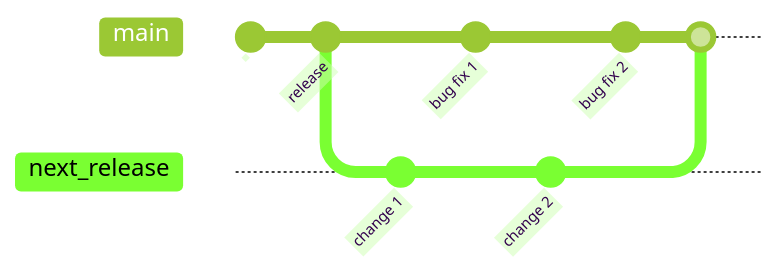
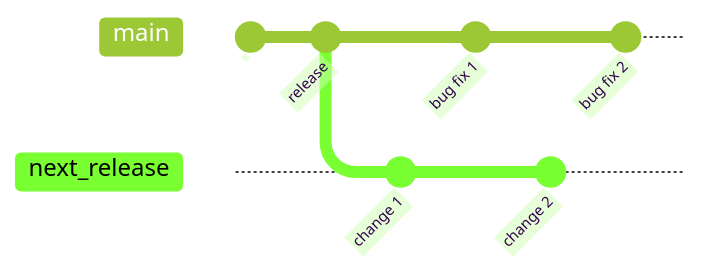
One commit to coillarach/SET09102 changed the first of 3 diagrams in notes/04_workflow.md. Above: the diagram before and after it, drawn with Mermaid (forest theme). The commit also changed other lines of this file and 2 other files, not shown here.

Commit message:
Added figure numbers

````diff
--- a/notes/04_workflow.md
+++ b/notes/04_workflow.md
@@ -101,15 +101,14 @@
 ```mermaid
 gitGraph
    commit id: " "
    commit id: "release"
    branch next_release
    checkout next_release
    commit id: "change 1"
    checkout main
    commit id: "bug fix 1"
    checkout next_release
    commit id: "change 2"
    checkout main
    commit id: "bug fix 2"
-   merge next_release
 ```
````
